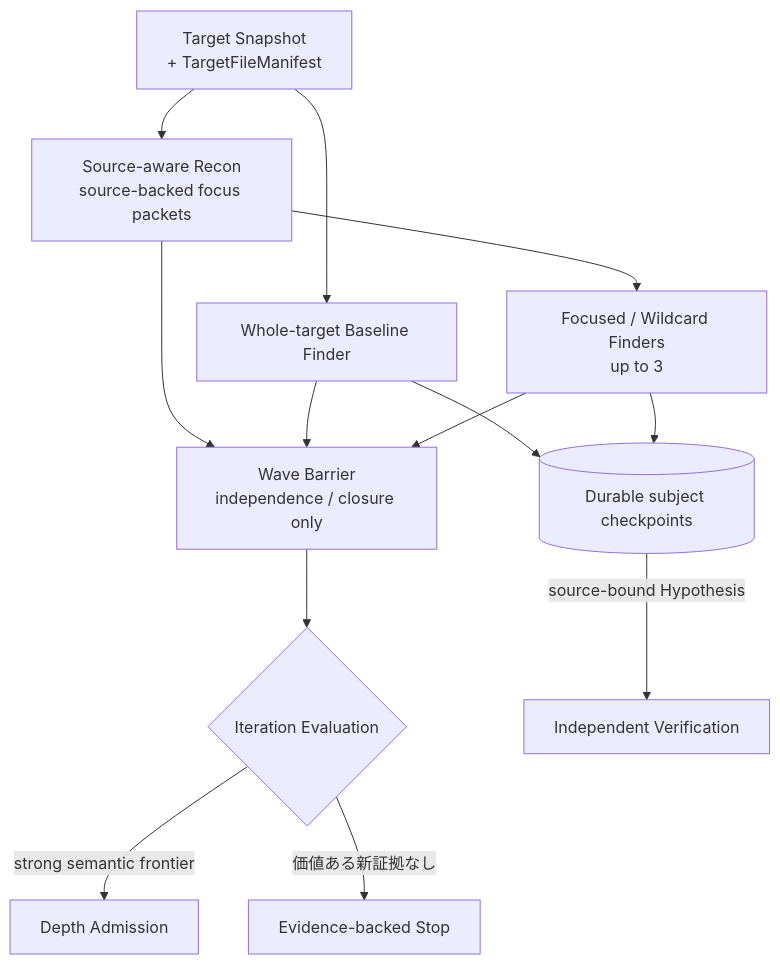
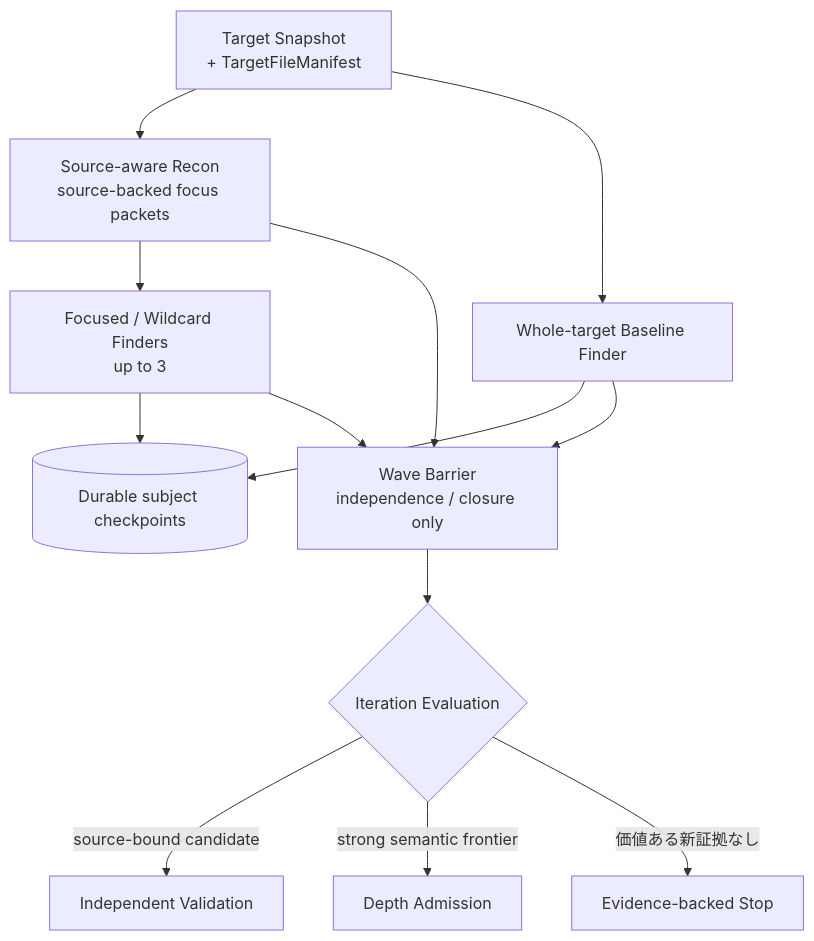
Before and after one commit to momoponwork1415-lgtm/wordpress-harness: the third of 4 diagrams in docs/design/architecture/autonomous-research-loop.md, drawn with Mermaid. The commit also changed other lines of this file and 25 other files, not shown here.

Commit message:
Define source validation and human verification

````diff
--- a/docs/design/architecture/autonomous-research-loop.md
+++ b/docs/design/architecture/autonomous-research-loop.md
@@ -45,26 +45,26 @@
 ```mermaid
 flowchart TB
     input["Target Snapshot<br/>+ TargetFileManifest"]
     recon["Source-aware Recon<br/>source-backed focus packets"]
     baseline["Whole-target Baseline Finder"]
     focused["Focused / Wildcard Finders<br/>up to 3"]
     checkpoints[("Durable subject checkpoints")]
     barrier["Wave Barrier<br/>independence / closure only"]
     evaluation{"Iteration Evaluation"}
-    verify["Independent Verification"]
+    validate["Independent Validation"]
     depth["Depth Admission"]
     stop["Evidence-backed Stop"]
 
     input --> recon
     input --> baseline
     recon --> focused
     baseline --> checkpoints
     focused --> checkpoints
-    checkpoints -->|"source-bound Hypothesis"| verify
     recon --> barrier
     baseline --> barrier
     focused --> barrier
     barrier --> evaluation
+    evaluation -->|"source-bound candidate"| validate
     evaluation -->|"strong semantic frontier"| depth
     evaluation -->|"価値ある新証拠なし"| stop
 ```
````
